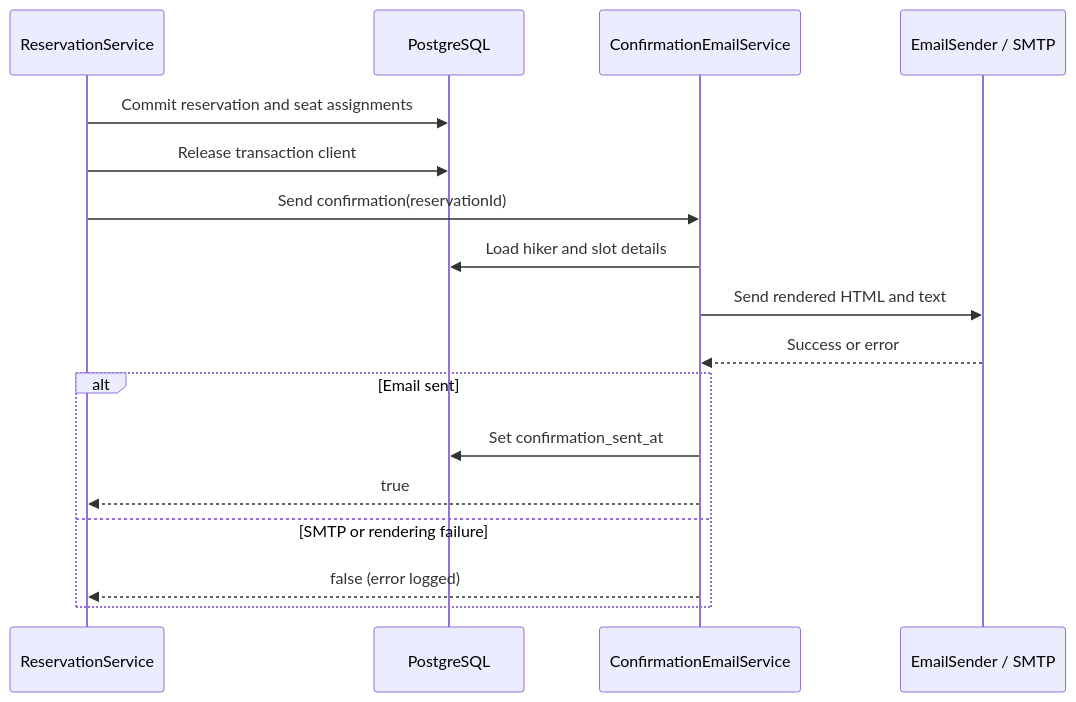
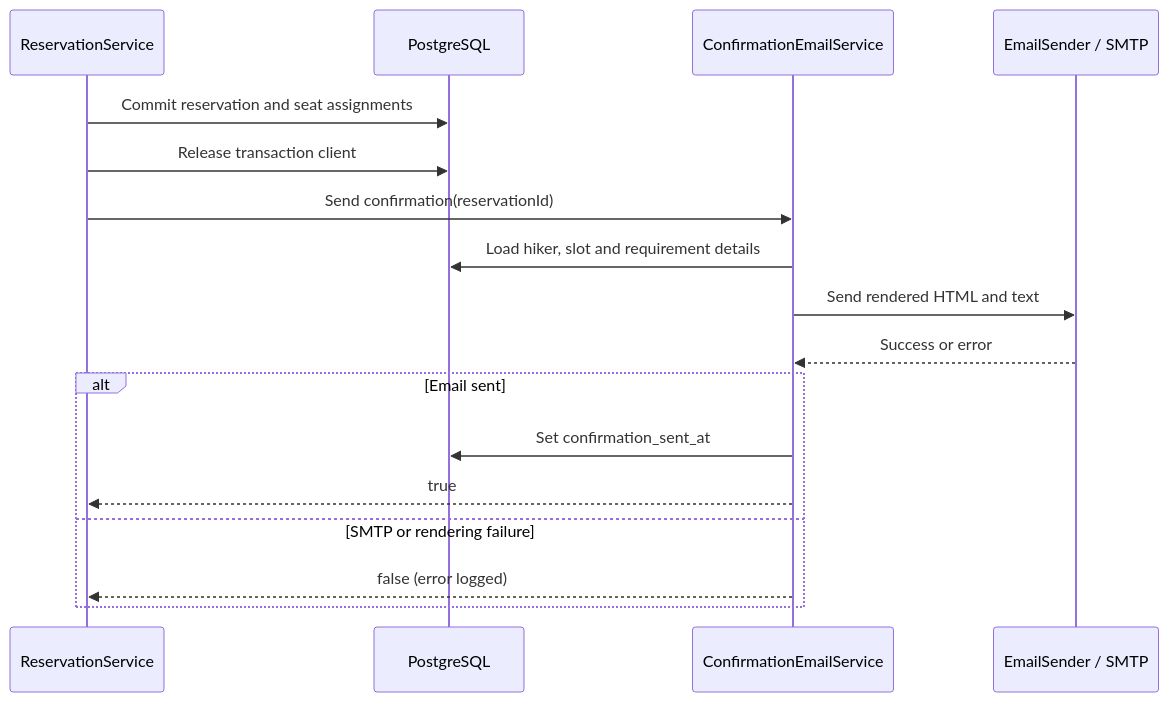
One commit to TEAM-09-SE2/SE2-MountainHut-Team09 changed the diagram in documentation/stories_detail/MH-03-receive-confirmation.md. Above: the diagram before and after it, drawn with Mermaid. The commit also changed other lines of this file and 8 other files, not shown here.

````diff
--- a/documentation/stories_detail/MH-03-receive-confirmation.md
+++ b/documentation/stories_detail/MH-03-receive-confirmation.md
@@ -26,20 +26,20 @@
 ```mermaid
 sequenceDiagram
     participant Reservation as ReservationService
     participant DB as PostgreSQL
     participant Confirm as ConfirmationEmailService
     participant Sender as EmailSender / SMTP
 
     Reservation->>DB: Commit reservation and seat assignments
     Reservation->>DB: Release transaction client
     Reservation->>Confirm: Send confirmation(reservationId)
-    Confirm->>DB: Load hiker and slot details
+    Confirm->>DB: Load hiker, slot and requirement details
     Confirm->>Sender: Send rendered HTML and text
     Sender-->>Confirm: Success or error
     alt Email sent
         Confirm->>DB: Set confirmation_sent_at
         Confirm-->>Reservation: true
     else SMTP or rendering failure
         Confirm-->>Reservation: false (error logged)
     end
 ```
````
